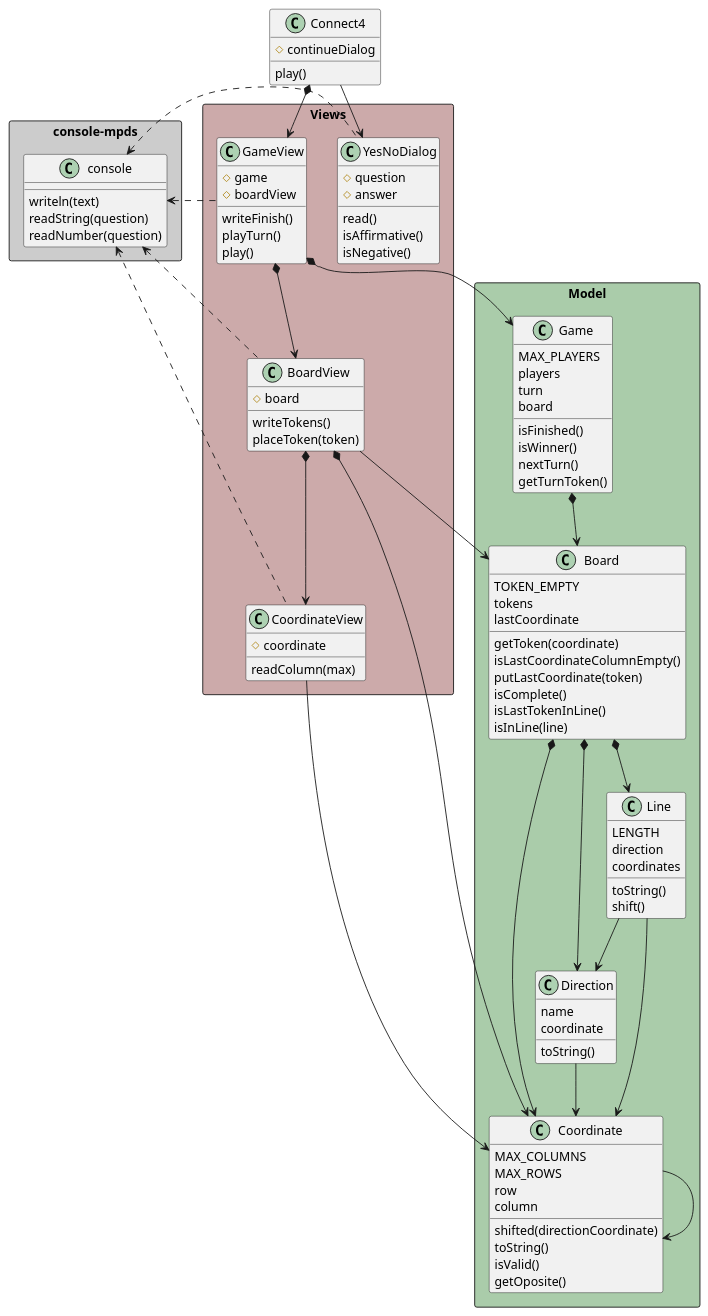
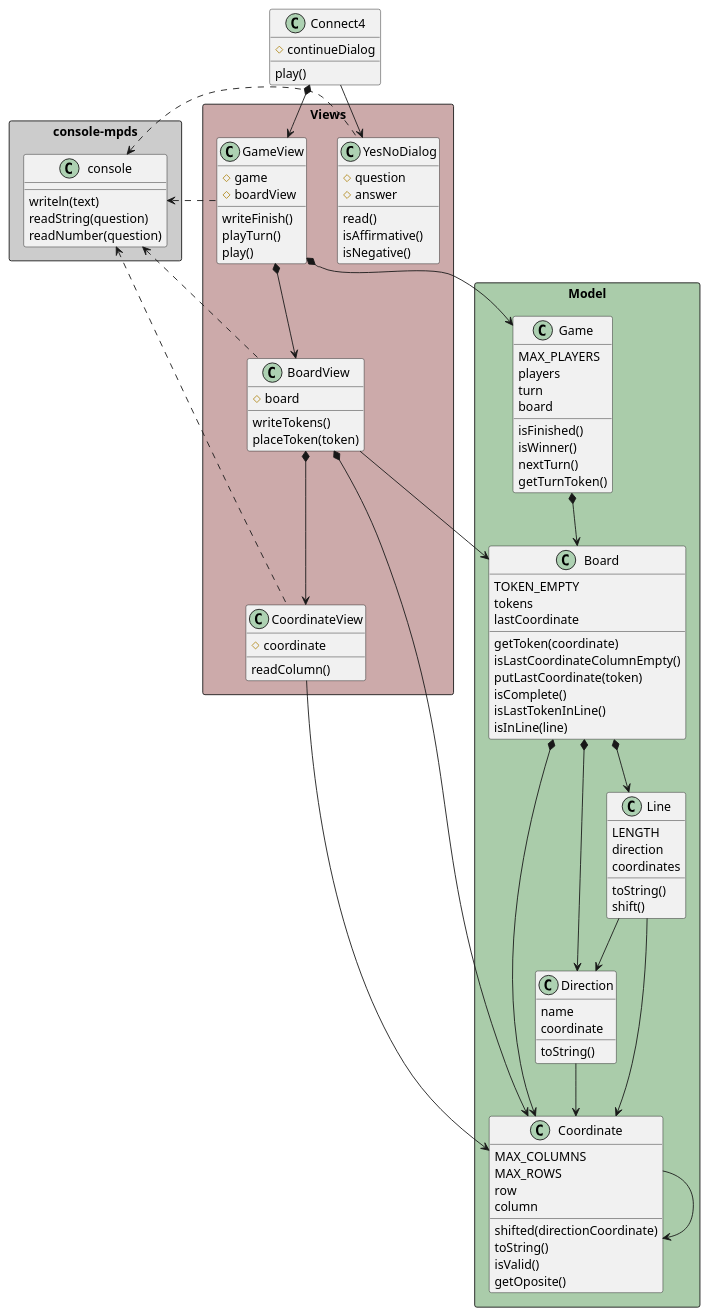
The diagram in game-connect4/docs/diagrams/objectOriented/constructorFunction/class diagram.plantuml (mpaulaherrero/escuelaIT), drawn with PlantUML before and after one commit. The commit also changed 2 other files, not shown here.

Commit message:
arreglar diagrama y mod nombre directionCoordinate

```diff
--- a/game-connect4/docs/diagrams/objectOriented/constructorFunction/class diagram.plantuml
+++ b/game-connect4/docs/diagrams/objectOriented/constructorFunction/class diagram.plantuml
@@ -1,125 +1,125 @@
 @startuml connect4_constructorFunction_classdiagram
 
 package "console-mpds" <<Rectangle>> #ccc {
     class console {
         writeln(text)
         readString(question)
         readNumber(question)
     }
 }
 
 package "Model" <<Rectangle>> #aca {
     class Coordinate {
         MAX_COLUMNS
         MAX_ROWS
         row
         column
         shifted(directionCoordinate)
         toString()
         isValid()
         getOposite()
     }
 
     class Direction {
         name
         coordinate
         toString()
     }
 
     class Line {
         LENGTH
         direction
         coordinates
         toString()
         shift()
     }
 
     class Board {
         TOKEN_EMPTY
         tokens
         lastCoordinate
         getToken(coordinate)
         isLastCoordinateColumnEmpty()
         putLastCoordinate(token)
         isComplete()
         isLastTokenInLine()
         isInLine(line)
     }
 
     class Game {
         MAX_PLAYERS
         players
         turn
         board
         isFinished()
         isWinner()
         nextTurn()
         getTurnToken()
     }
 }
 
 package "Views" <<Rectangle>> #caa {
     class CoordinateView {
         #coordinate
-        readColumn(max)
+        readColumn()
     }
 
     class BoardView{
         #board
         writeTokens()
         placeToken(token)
     }
 
     class GameView {
         #game
         #boardView
         writeFinish()
         playTurn()
         play()
     }
 
     class YesNoDialog {
         #question
         #answer
         read()
         isAffirmative()
         isNegative()
     }
 }
 
 class Connect4 {
     #continueDialog
     play()
 }
 
 Coordinate -> Coordinate
 
 CoordinateView -> Coordinate
 
 Direction -down-> Coordinate
 
 Line -down-> Coordinate
 Line -down-> Direction
 
 Board *-down-> Coordinate
 Board *-down-> Direction
 Board *-down-> Line
 
 BoardView *-down-> CoordinateView
 BoardView -down-> Board
 BoardView *-down-> Coordinate
 
 Game *-down-> Board
 
 GameView *-down-> Game
 GameView *-down-> BoardView
 
 Connect4 -down-> YesNoDialog
 Connect4 *-down-> GameView
 
 YesNoDialog .-l-> console
 GameView .-l-> console
 BoardView .-l-> console
 CoordinateView .-l-> console
 
 @enduml
```
